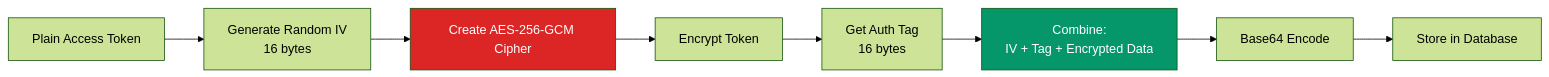
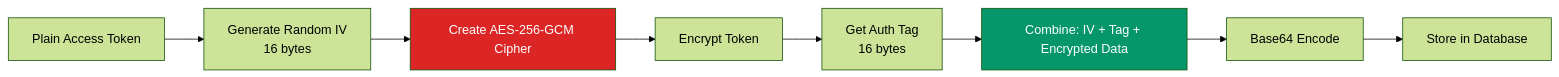
Diagram 11 of 14 in TECHNICAL_DOCUMENTATION.md (ritwikvats/creatoriq), drawn with Mermaid (forest theme) before and after one commit. The commit also changed other lines of this file and 1 other file, not shown here.

````diff
--- a/TECHNICAL_DOCUMENTATION.md
+++ b/TECHNICAL_DOCUMENTATION.md
@@ -642,13 +829,13 @@
 ```mermaid
 flowchart LR
     A[Plain Access Token] --> B[Generate Random IV<br/>16 bytes]
     B --> C[Create AES-256-GCM Cipher]
     C --> D[Encrypt Token]
     D --> E[Get Auth Tag<br/>16 bytes]
-    E --> F[Combine:<br/>IV + Tag + Encrypted Data]
+    E --> F["Combine: IV + Tag + Encrypted Data"]
     F --> G[Base64 Encode]
     G --> H[Store in Database]
 
     style C fill:#DC2626,color:#fff
     style F fill:#059669,color:#fff
 ```
````
